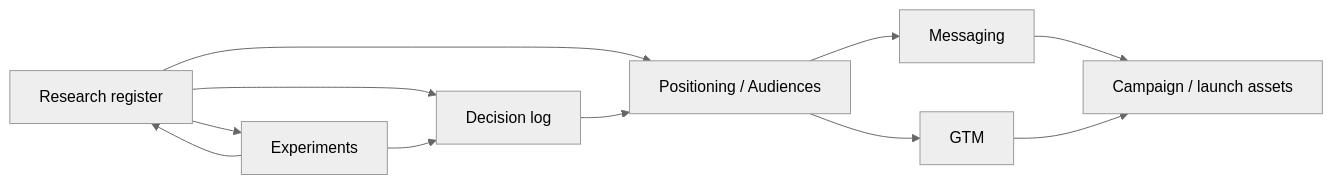
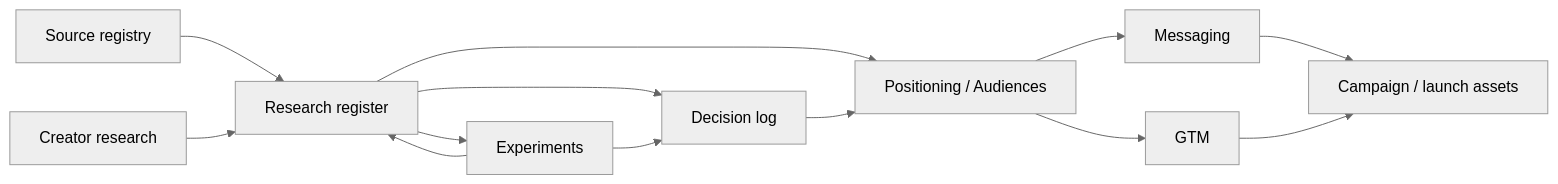
The diagram in docs/marketing/research-register.md (az1nn/openband), drawn with Mermaid (neutral theme) before and after one commit. The commit also changed other lines of this file, not shown here.

Commit message:
docs(marketing): connect market intelligence research

````diff
--- a/docs/marketing/research-register.md
+++ b/docs/marketing/research-register.md
@@ -70,13 +78,15 @@
 ```mermaid
 flowchart LR
-  R[Research register] --> D[Decision log]
+  S[Source registry] --> R[Research register]
+  CR[Creator research] --> R
+  R --> D[Decision log]
   R --> P[Positioning / Audiences]
   D --> P
   P --> M[Messaging]
   P --> G[GTM]
   R --> E[Experiments]
   E --> R
   E --> D
   M --> C[Campaign / launch assets]
   G --> C
 ```
````
